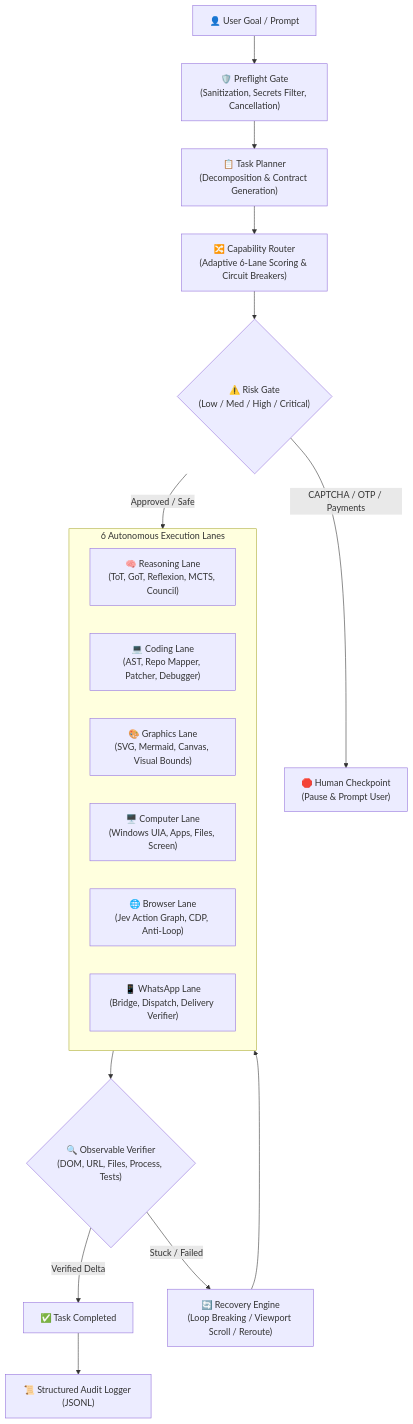
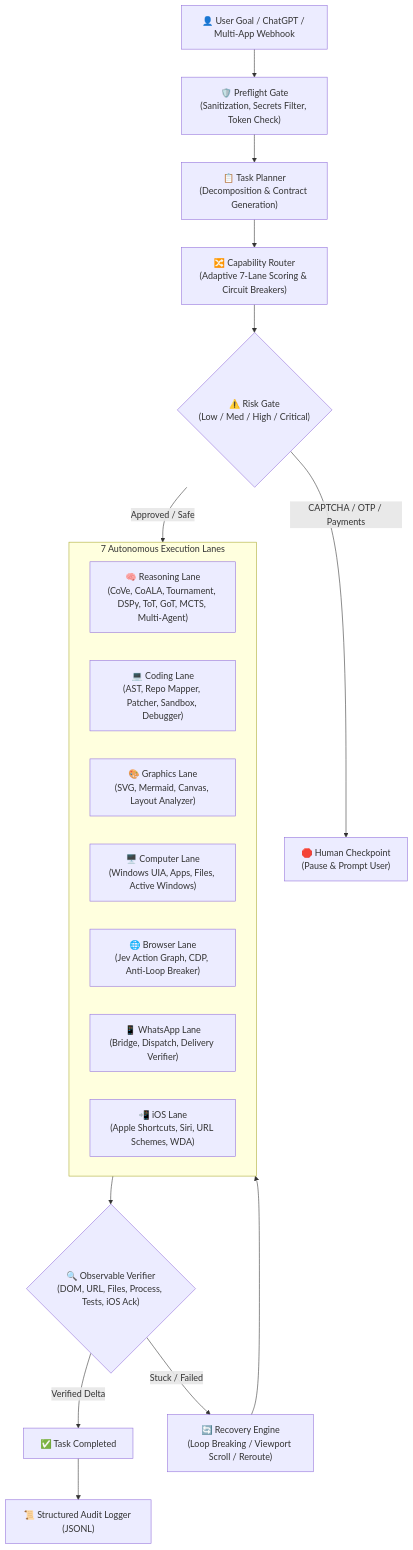
One commit to kosif199022-jpg/think changed the diagram in README.md. Above: the diagram before and after it, drawn with Mermaid. The commit also changed other lines of this file and 24 other files, not shown here.

Commit message:
feat: Add iOS iPhone control, ChatGPT OpenAI bridge, CoVe, CoALA 4-tier memory, DSPy, and Tournament verifiers (43 tests passing)

````diff
--- a/README.md
+++ b/README.md
@@ -27,26 +31,27 @@
 ```mermaid
 flowchart TD
-    User["👤 User Goal / Prompt"] --> Preflight["🛡️ Preflight Gate<br/>(Sanitization, Secrets Filter, Cancellation)"]
+    User["👤 User Goal / ChatGPT / Multi-App Webhook"] --> Preflight["🛡️ Preflight Gate<br/>(Sanitization, Secrets Filter, Token Check)"]
     Preflight --> Planner["📋 Task Planner<br/>(Decomposition & Contract Generation)"]
-    Planner --> Router["🔀 Capability Router<br/>(Adaptive 6-Lane Scoring & Circuit Breakers)"]
+    Planner --> Router["🔀 Capability Router<br/>(Adaptive 7-Lane Scoring & Circuit Breakers)"]
     Router --> RiskGate{"⚠️ Risk Gate<br/>(Low / Med / High / Critical)"}
     
     RiskGate -- "CAPTCHA / OTP / Payments" --> Checkpoint["🛑 Human Checkpoint<br/>(Pause & Prompt User)"]
-    RiskGate -- "Approved / Safe" --> Lanes["🚀 6 Execution Lanes"]
+    RiskGate -- "Approved / Safe" --> Lanes["🚀 7 Execution Lanes"]
     
-    subgraph Lanes["6 Autonomous Execution Lanes"]
-        L1["🧠 Reasoning Lane<br/>(ToT, GoT, Reflexion, MCTS, Council)"]
-        L2["💻 Coding Lane<br/>(AST, Repo Mapper, Patcher, Debugger)"]
-        L3["🎨 Graphics Lane<br/>(SVG, Mermaid, Canvas, Visual Bounds)"]
-        L4["🖥️ Computer Lane<br/>(Windows UIA, Apps, Files, Screen)"]
-        L5["🌐 Browser Lane<br/>(Jev Action Graph, CDP, Anti-Loop)"]
+    subgraph Lanes["7 Autonomous Execution Lanes"]
+        L1["🧠 Reasoning Lane<br/>(CoVe, CoALA, Tournament, DSPy, ToT, GoT, MCTS, Multi-Agent)"]
+        L2["💻 Coding Lane<br/>(AST, Repo Mapper, Patcher, Sandbox, Debugger)"]
+        L3["🎨 Graphics Lane<br/>(SVG, Mermaid, Canvas, Layout Analyzer)"]
+        L4["🖥️ Computer Lane<br/>(Windows UIA, Apps, Files, Active Windows)"]
+        L5["🌐 Browser Lane<br/>(Jev Action Graph, CDP, Anti-Loop Breaker)"]
         L6["📱 WhatsApp Lane<br/>(Bridge, Dispatch, Delivery Verifier)"]
+        L7["📲 iOS Lane<br/>(Apple Shortcuts, Siri, URL Schemes, WDA)"]
     end
     
-    Lanes --> Verifier{"🔍 Observable Verifier<br/>(DOM, URL, Files, Process, Tests)"}
+    Lanes --> Verifier{"🔍 Observable Verifier<br/>(DOM, URL, Files, Process, Tests, iOS Ack)"}
     Verifier -- "Verified Delta" --> Success["✅ Task Completed"]
     Verifier -- "Stuck / Failed" --> Recovery["🔄 Recovery Engine<br/>(Loop Breaking / Viewport Scroll / Reroute)"]
     Recovery --> Lanes
     
     Success --> Audit["📜 Structured Audit Logger (JSONL)"]
 ```
````
